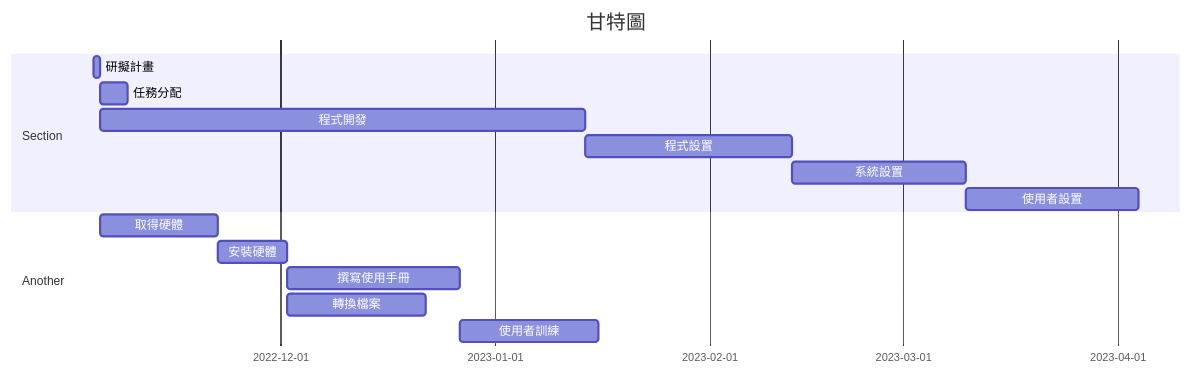
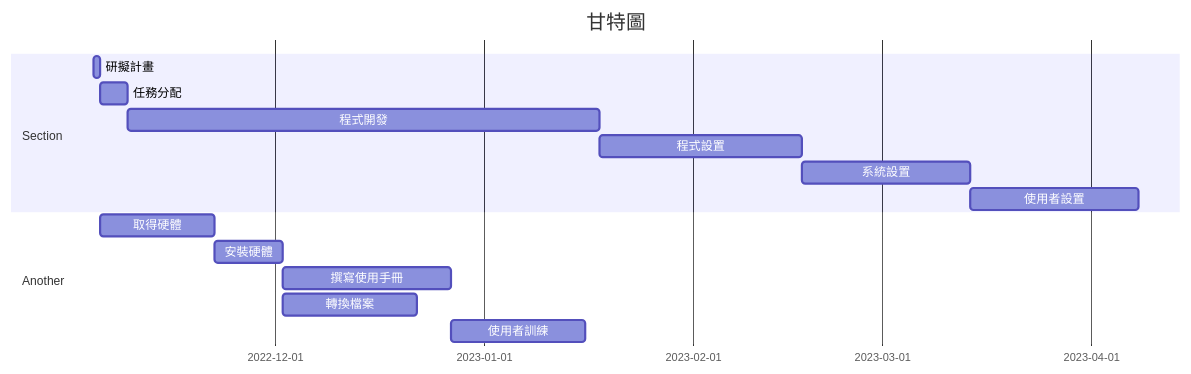
One commit to C109118256/C109118256 changed the diagram in hw2.md. Above: the diagram before and after it, drawn with Mermaid.

````diff
--- a/hw2.md
+++ b/hw2.md
@@ -1,18 +1,18 @@
 ```mermaid
 gantt
     title 甘特圖
 
     section Section
     研擬計畫           :a1, 2022-11-04, 1d
-    任務分配           :after a1  , 4d
-    程式開發           :a2, after a1  , 70d
-    程式設置           :a4, after a2  , 30d
-    系統設置           :a8, after a4  , 25d
-    使用者設置         :after a8      , 25d
+    任務分配           :a2, after a1  , 4d
+    程式開發           :a4, after a2  , 70d
+    程式設置           :a8, after a4  , 30d
+    系統設置           :a9, after a8  , 25d
+    使用者設置         :after a9      , 25d
     section Another
     取得硬體           :a3, after a1  , 17d
     安裝硬體           :a5, after a3  , 10d
     撰寫使用手冊       :a7, after a5  , 25d
     轉換檔案           :after a5     , 20d
     使用者訓練         :after a7     , 20d
 ```
````
